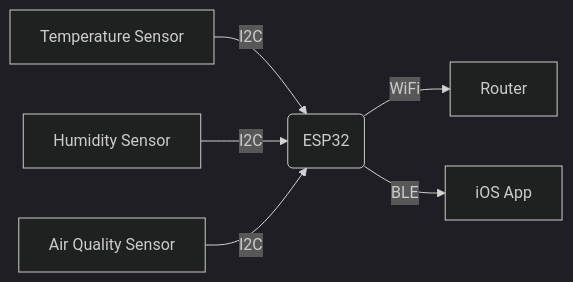
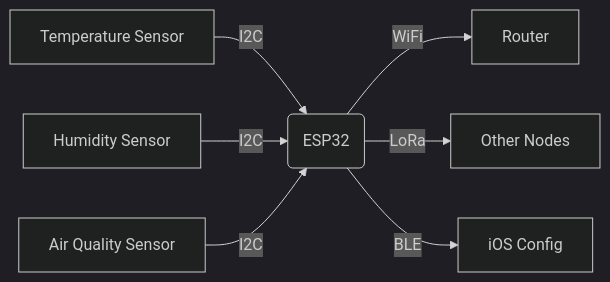
One commit to codeSnapped-LLC/environmental-monitor changed the second of 2 diagrams in README.md. Above: the diagram before and after it, drawn with Mermaid (dark theme). The commit also changed other lines of this file and 1 other file, not shown here.

Commit message:
docs: update architecture for LoRa mesh with iOS config tool

````diff
--- a/README.md
+++ b/README.md
@@ -35,8 +42,9 @@
 ```mermaid
 graph LR
     A[Temperature Sensor] -->|I2C| B(ESP32)
     C[Humidity Sensor] -->|I2C| B
     D[Air Quality Sensor] -->|I2C| B
     B -->|WiFi| E[Router]
-    B -->|BLE| F[iOS App]
+    B -->|LoRa| F[Other Nodes]
+    B -->|BLE| G[iOS Config]
 ```
````
